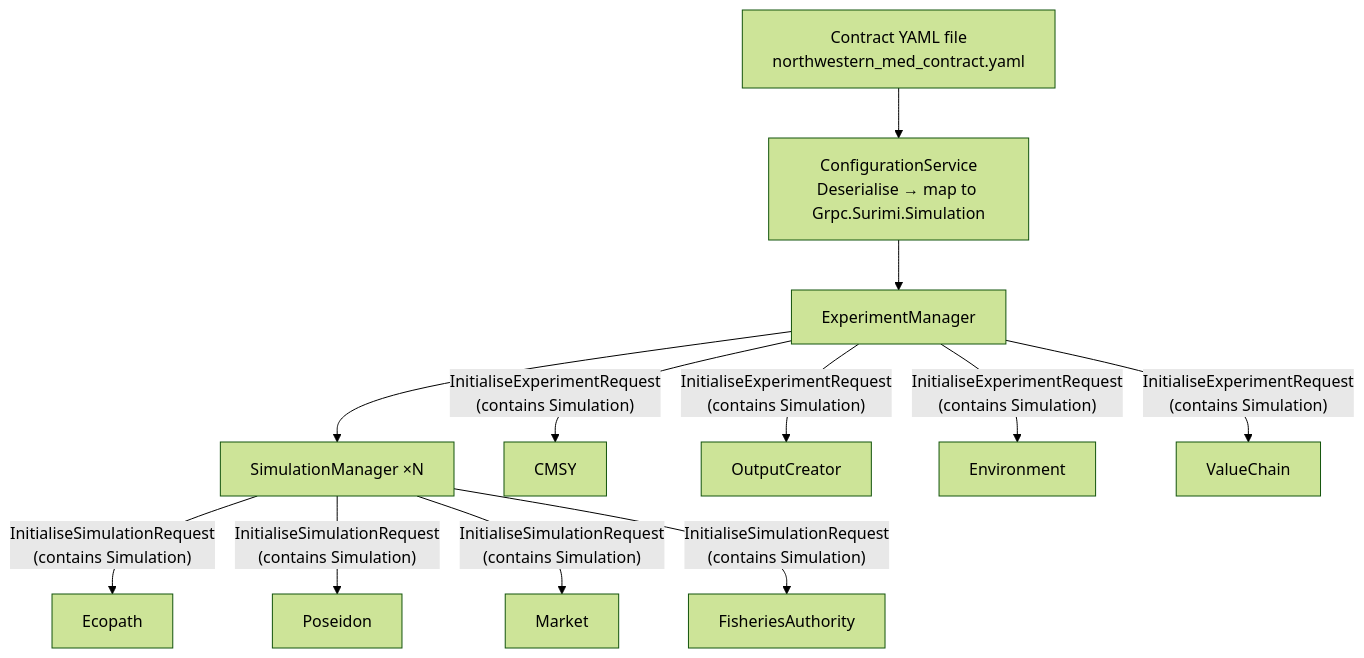
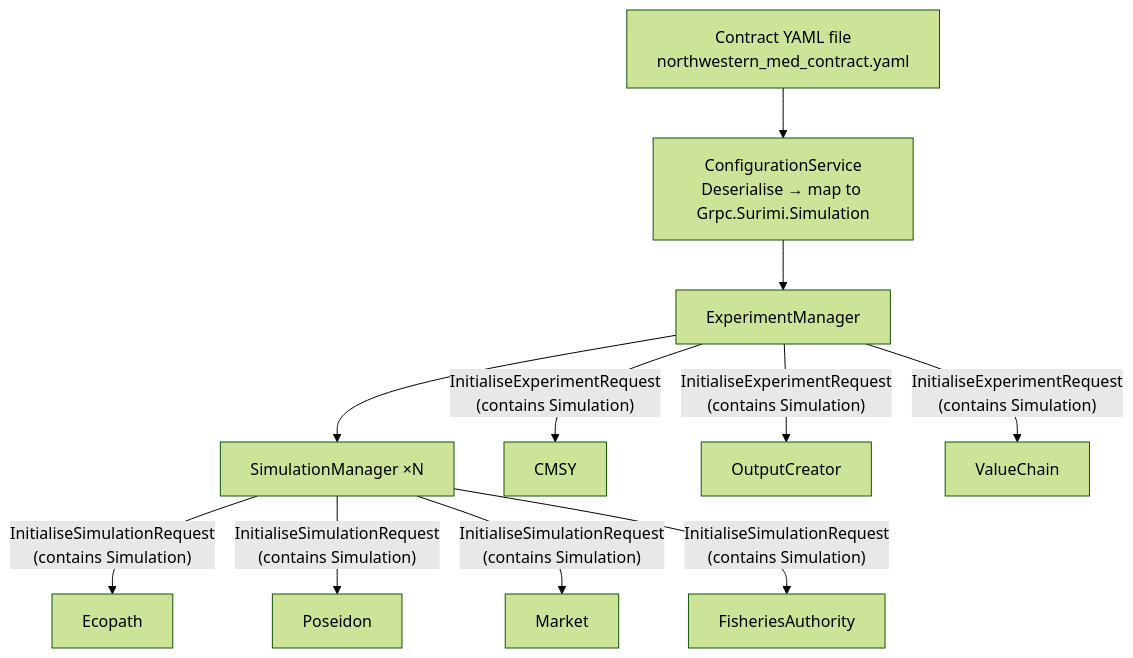
One commit to SURIMI-Project/SURIMI-controller changed the tenth of 10 diagrams in controller_architecture.md. Above: the diagram before and after it, drawn with Mermaid (forest theme). The commit also changed other lines of this file and 11 other files, not shown here.

````diff
--- a/controller_architecture.md
+++ b/controller_architecture.md
@@ -424,20 +419,19 @@
 ```mermaid
 flowchart TB
     CF["Contract YAML file\nnorthwestern_med_contract.yaml"]
     CS["ConfigurationService\nDeserialise → map to Grpc.Surimi.Simulation"]
     EM["ExperimentManager"]
     SM["SimulationManager ×N"]
 
     CF --> CS --> EM
 
     EM -- "InitialiseExperimentRequest\n(contains Simulation)" --> CMSY["CMSY"]
     EM -- "InitialiseExperimentRequest\n(contains Simulation)" --> OC["OutputCreator"]
-    EM -- "InitialiseExperimentRequest\n(contains Simulation)" --> ENV["Environment"]
     EM -- "InitialiseExperimentRequest\n(contains Simulation)" --> VC["ValueChain"]
 
     EM --> SM
     SM -- "InitialiseSimulationRequest\n(contains Simulation)" --> ECO["Ecopath"]
     SM -- "InitialiseSimulationRequest\n(contains Simulation)" --> POS["Poseidon"]
     SM -- "InitialiseSimulationRequest\n(contains Simulation)" --> MKT["Market"]
     SM -- "InitialiseSimulationRequest\n(contains Simulation)" --> FA["FisheriesAuthority"]
 ```
````
